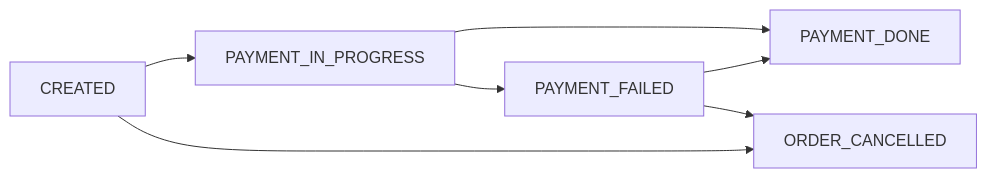
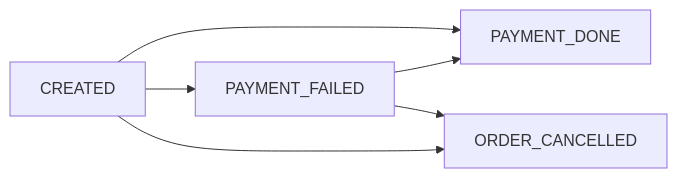
One commit to codecraft87/order-payment-system changed the second of 6 diagrams in README.md. Above: the diagram before and after it, drawn with Mermaid. The commit also changed other lines of this file and 2 other files, not shown here.

````diff
--- a/README.md
+++ b/README.md
@@ -124,9 +124,8 @@
 ```mermaid
 flowchart LR
-    CREATED --> PAYMENT_IN_PROGRESS
-    PAYMENT_IN_PROGRESS --> PAYMENT_DONE
-    PAYMENT_IN_PROGRESS --> PAYMENT_FAILED
+    CREATED --> PAYMENT_DONE
+    CREATED --> PAYMENT_FAILED
     PAYMENT_FAILED --> PAYMENT_DONE
     CREATED --> ORDER_CANCELLED
     PAYMENT_FAILED --> ORDER_CANCELLED
 ```
````
